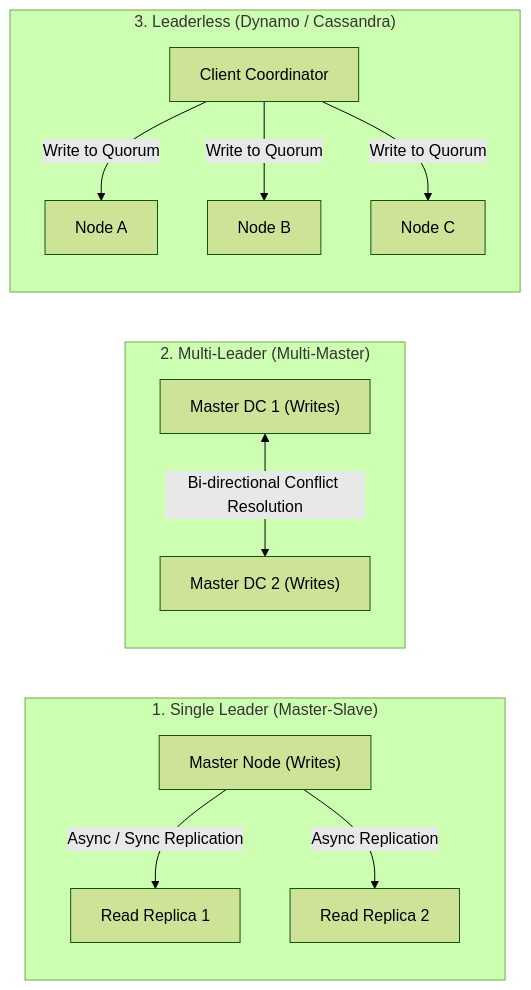
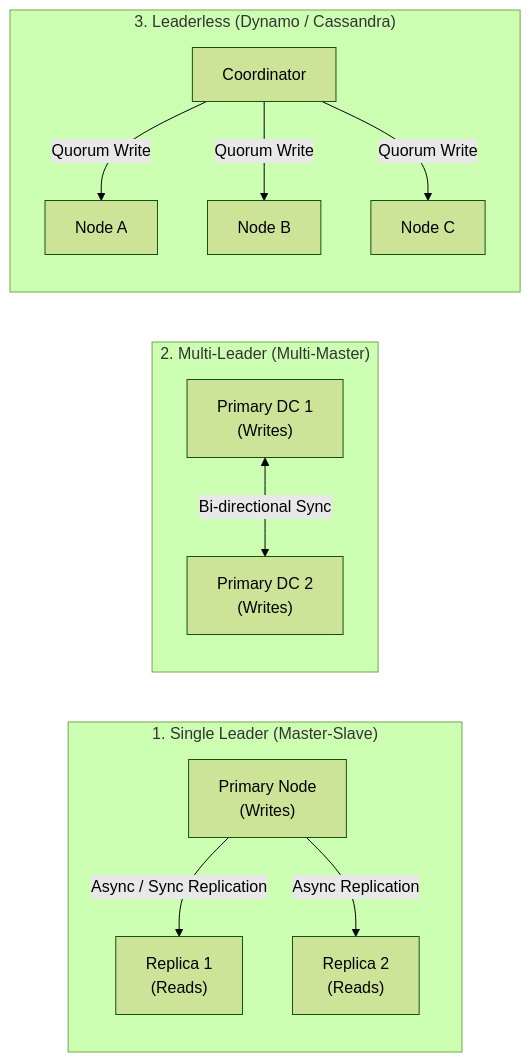
The third of 4 diagrams in strivers-hld/06-Databases-and-Storage/README.md (Sourav108/strivers-lld), drawn with Mermaid (forest theme) before and after one commit. The commit also changed other lines of this file and 39 other files, not shown here.

Commit message:
fix(mermaid): wrap node labels, simplify diamonds, and reformat wide diagrams for perfect GitHub rendering

````diff
--- a/strivers-hld/06-Databases-and-Storage/README.md
+++ b/strivers-hld/06-Databases-and-Storage/README.md
@@ -56,17 +69,17 @@
 ```mermaid
 flowchart LR
     subgraph SingleLeader["1. Single Leader (Master-Slave)"]
-        L1["Master Node (Writes)"] -->|Async / Sync Replication| R1["Read Replica 1"]
-        L1 -->|Async Replication| R2["Read Replica 2"]
+        L1["Primary Node<br/>(Writes)"] -->|Async / Sync Replication| R1["Replica 1<br/>(Reads)"]
+        L1 -->|Async Replication| R2["Replica 2<br/>(Reads)"]
     end
 
     subgraph MultiLeader["2. Multi-Leader (Multi-Master)"]
-        ML1["Master DC 1 (Writes)"] <-->|Bi-directional Conflict Resolution| ML2["Master DC 2 (Writes)"]
+        ML1["Primary DC 1<br/>(Writes)"] <-->|Bi-directional Sync| ML2["Primary DC 2<br/>(Writes)"]
     end
 
     subgraph Leaderless["3. Leaderless (Dynamo / Cassandra)"]
-        Client["Client Coordinator"] -->|Write to Quorum| N1["Node A"]
-        Client -->|Write to Quorum| N2["Node B"]
-        Client -->|Write to Quorum| N3["Node C"]
+        Client["Coordinator"] -->|Quorum Write| N1["Node A"]
+        Client -->|Quorum Write| N2["Node B"]
+        Client -->|Quorum Write| N3["Node C"]
     end
 ```
````
